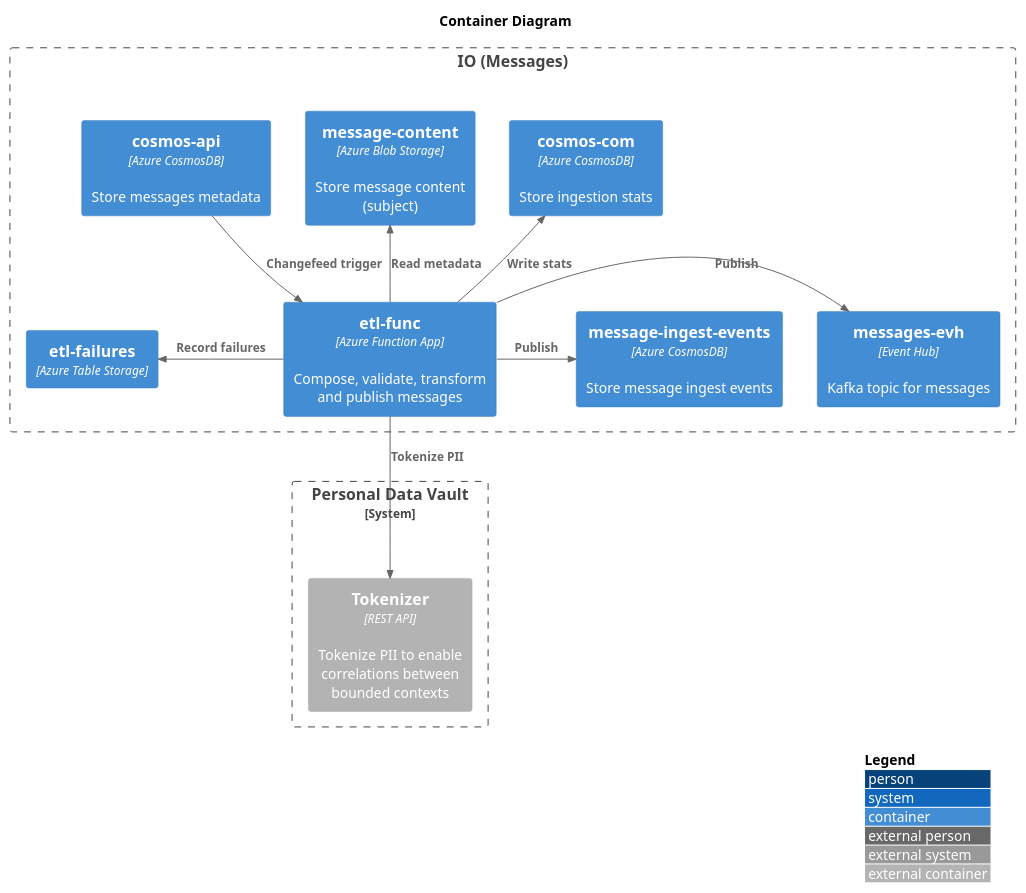
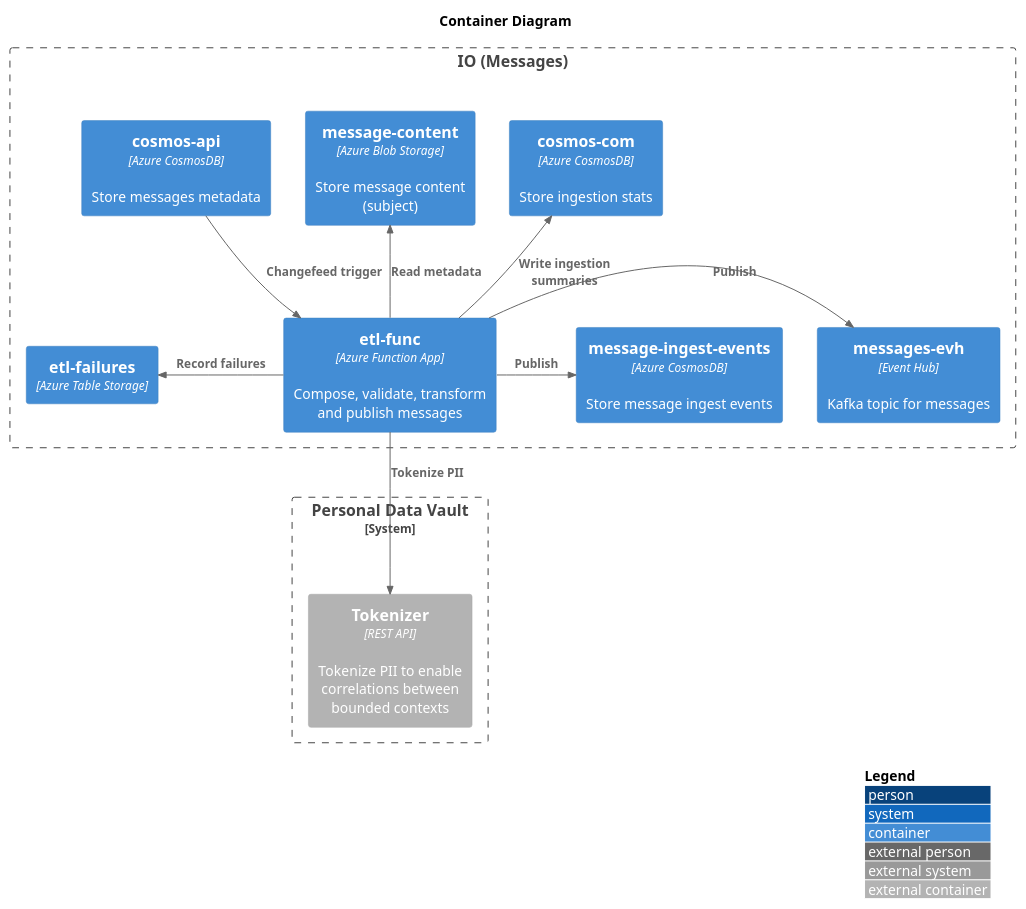
Before and after one commit to pagopa/io-messages: the diagram in docs/data-plan/container.puml, drawn with PlantUML.

Commit message:
rewording

```diff
--- a/docs/data-plan/container.puml
+++ b/docs/data-plan/container.puml
@@ -1,33 +1,33 @@
 @startuml data-plan-container
 !include <C4/C4_Context>
 !include <C4/C4_Container>
 
 LAYOUT_WITH_LEGEND()
 
 title Container Diagram
 
 Boundary(io, "IO (Messages)") {
   Container(apidb, "cosmos-api", "Azure CosmosDB", "Store messages metadata")
   Container(comDomainDb, "cosmos-com", "Azure CosmosDB", "Store ingestion stats")
   Container(msgst, "message-content", "Azure Blob Storage", "Store message content (subject)")
   Container(etlfn, "etl-func", "Azure Function App", "Compose, validate, transform and publish messages")
   Container(msgevh, "messages-evh", "Event Hub", "Kafka topic for messages")
   Container(msgsentevents, "message-ingest-events", "Azure CosmosDB", "Store message ingest events")
   Container(failtable, "etl-failures", "Azure Table Storage")
 }
 
 Rel_D(apidb, etlfn, "Changefeed trigger")
 Rel_R(etlfn, msgevh, "Publish")
 Rel_R(etlfn, msgsentevents, "Publish")
 
 Rel_U(etlfn, msgst, "Read metadata")
-Rel_U(etlfn, comDomainDb, "Write stats")
+Rel_U(etlfn, comDomainDb, "Write ingestion summaries")
 Rel_L(etlfn, failtable, "Record failures")
 
 System_Boundary(pdv, "Personal Data Vault") {
   Container_Ext(tok, "Tokenizer", "REST API", "Tokenize PII to enable correlations between bounded contexts")
 }
 
 Rel_D(etlfn, tok, "Tokenize PII")
 
 @enduml
```
